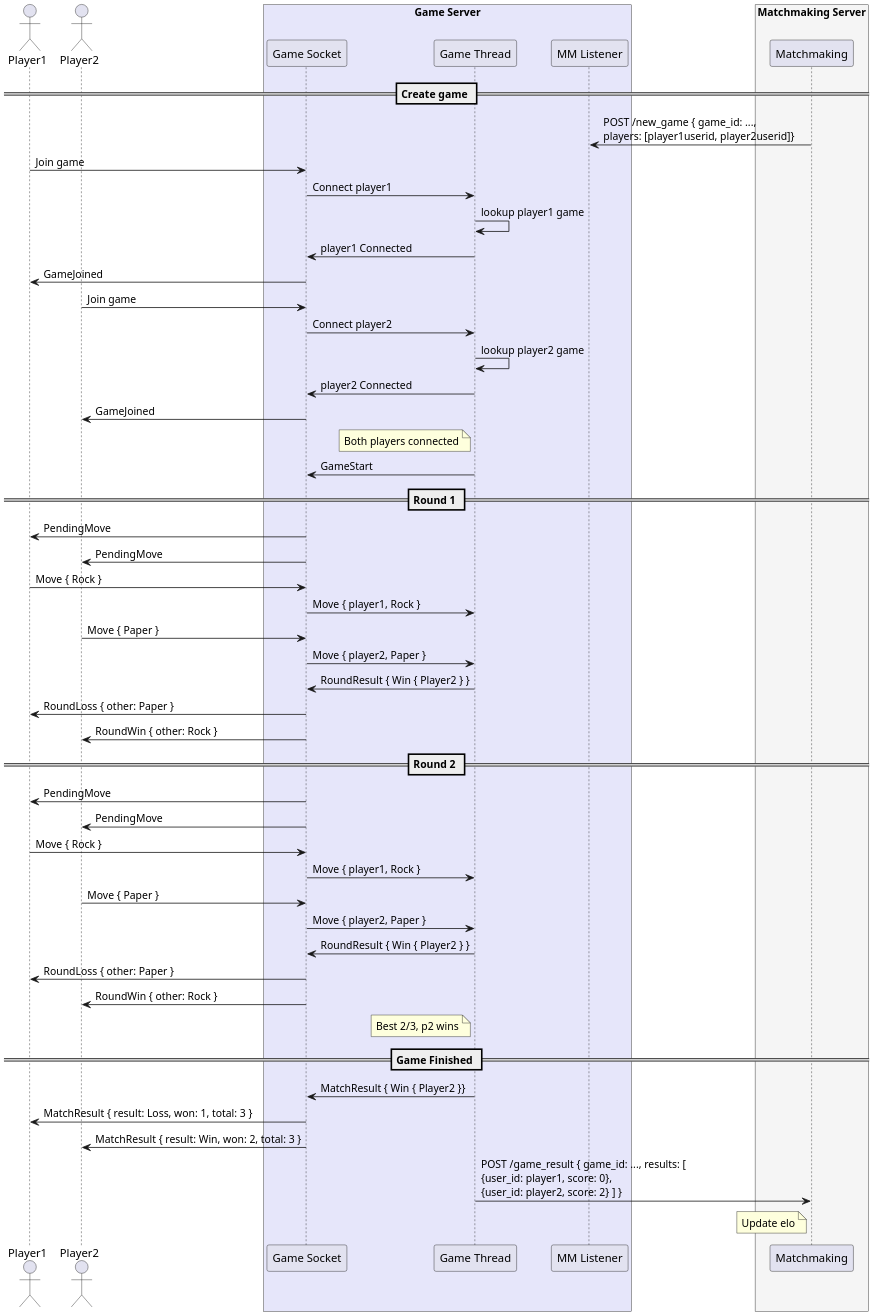
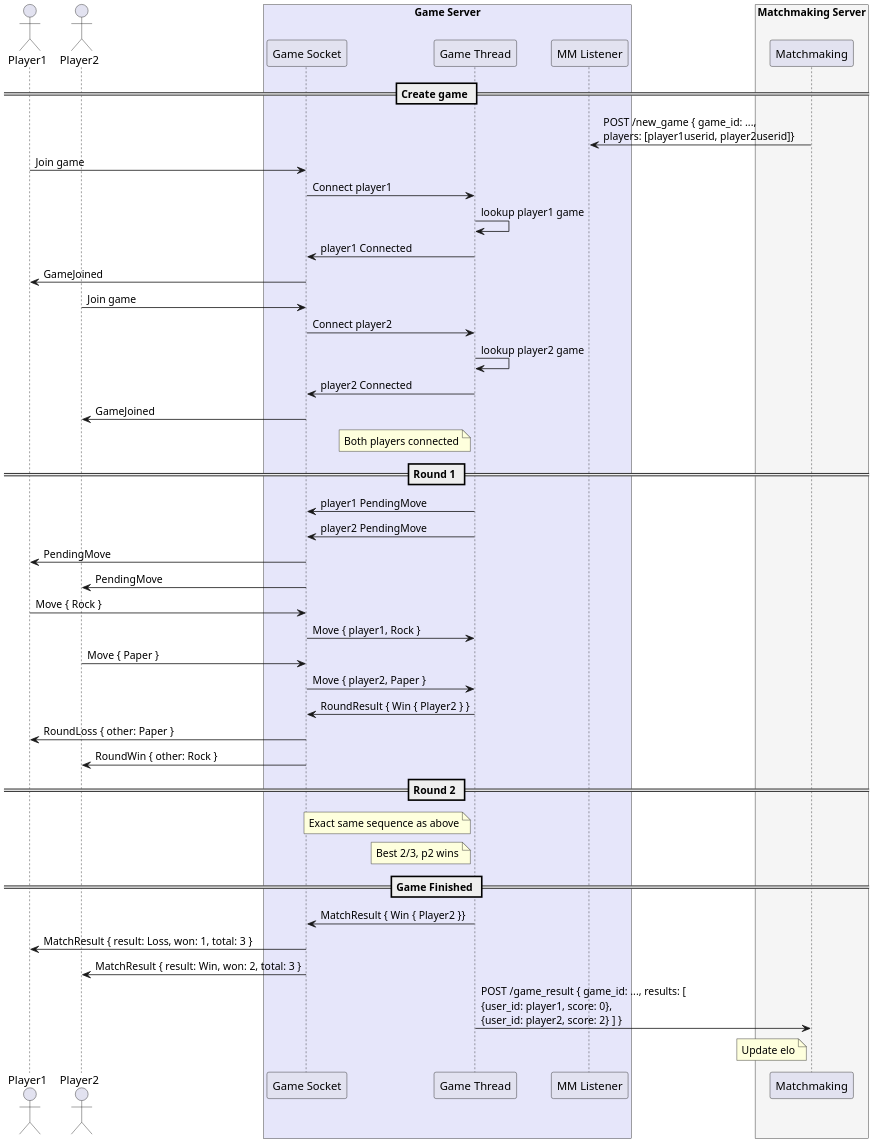
One commit to jonathancyu/websocket-game-server changed the diagram in docs/game_sequence.puml. Above: the diagram before and after it, drawn with PlantUML. The commit also changed 11 other files, not shown here.

```diff
--- a/docs/game_sequence.puml
+++ b/docs/game_sequence.puml
@@ -1,64 +1,57 @@
 @startuml
 scale 2
 actor "Player1" as p1
 actor "Player2" as p2
 box "Game Server" #Lavender
     participant "Game Socket" as socket
     participant "Game Thread" as thread
     participant "MM Listener" as mm_listener
 end box
 box "Matchmaking Server" #WhiteSmoke
     participant "Matchmaking" as mm
 end box
 
 
 == Create game ==
 mm_listener <- mm : POST /new_game { game_id: ..., \nplayers: [player1userid, player2userid]}
 p1 -> socket : Join game
 socket -> thread : Connect player1
 thread -> thread : lookup player1 game
 socket <- thread : player1 Connected
 p1 <- socket : GameJoined
 
 p2 -> socket : Join game
 socket -> thread : Connect player2
 thread -> thread : lookup player2 game
 socket <- thread : player2 Connected
 p2 <- socket : GameJoined
 note left thread : Both players connected
-socket <- thread : GameStart
 
 == Round 1 ==
+socket <- thread : player1 PendingMove
+socket <- thread : player2 PendingMove
 p1 <- socket : PendingMove
 p2 <- socket : PendingMove
 p1 -> socket : Move { Rock }
 socket -> thread : Move { player1, Rock }
 p2 -> socket : Move { Paper }
 socket -> thread : Move { player2, Paper }
 socket <- thread : RoundResult { Win { Player2 } }
 p1 <- socket : RoundLoss { other: Paper }
 p2 <- socket : RoundWin { other: Rock }
 
 == Round 2 ==
-p1 <- socket : PendingMove
-p2 <- socket : PendingMove
-p1 -> socket : Move { Rock }
-socket -> thread : Move { player1, Rock }
-p2 -> socket : Move { Paper }
-socket -> thread : Move { player2, Paper }
-socket <- thread : RoundResult { Win { Player2 } }
-p1 <- socket : RoundLoss { other: Paper }
-p2 <- socket : RoundWin { other: Rock }
+note left thread : Exact same sequence as above
 note left thread : Best 2/3, p2 wins
 
 == Game Finished ==
 socket <- thread : MatchResult { Win { Player2 }}
 p1 <- socket : MatchResult { result: Loss, won: 1, total: 3 }
 p2 <- socket : MatchResult { result: Win, won: 2, total: 3 }
 thread -> mm : POST /game_result { game_id: ..., results: [ \n{user_id: player1, score: 0}, \n{user_id: player2, score: 2} ] }
 note left mm : Update elo
 
 
 
 
 @enduml
```
